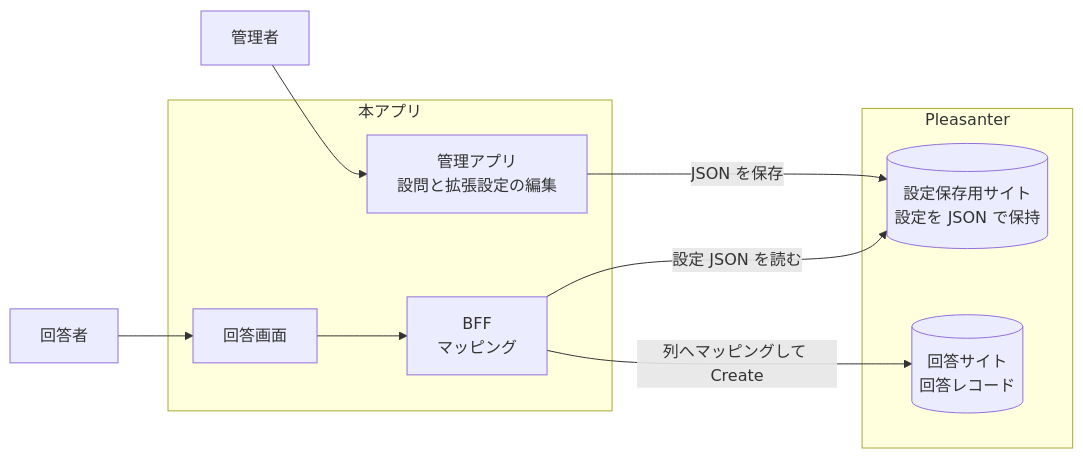
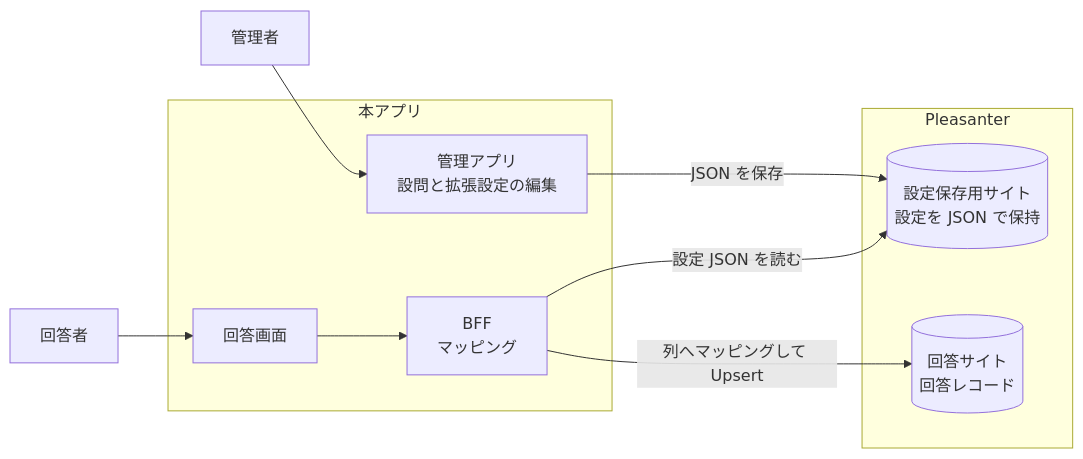
Before and after one commit to vehiclevisionjp/VehicleVision.PleasanterTools.Questionnaire: the second of 4 diagrams in _documents/アーキテクチャ方針.md, drawn with Mermaid. The commit also changed other lines of this file, not shown here.

First line of the commit message:
設問から列へのマッピングと GUID による Upsert を方針へ加える

````diff
--- a/_documents/アーキテクチャ方針.md
+++ b/_documents/アーキテクチャ方針.md
@@ -207,19 +206,19 @@
 ```mermaid
 flowchart LR
     ADM["管理者"]
     subgraph APP["本アプリ"]
         MNG["管理アプリ<br/>設問と拡張設定の編集"]
         BFF["BFF<br/>マッピング"]
         SPA["回答画面"]
     end
     subgraph PL["Pleasanter"]
         CFG[("設定保存用サイト<br/>設定を JSON で保持")]
         DATA[("回答サイト<br/>回答レコード")]
     end
     U["回答者"]
 
     ADM --> MNG -->|"JSON を保存"| CFG
     U --> SPA --> BFF
     BFF -->|"設定 JSON を読む"| CFG
-    BFF -->|"列へマッピングして Create"| DATA
+    BFF -->|"列へマッピングして Upsert"| DATA
 ```
````
